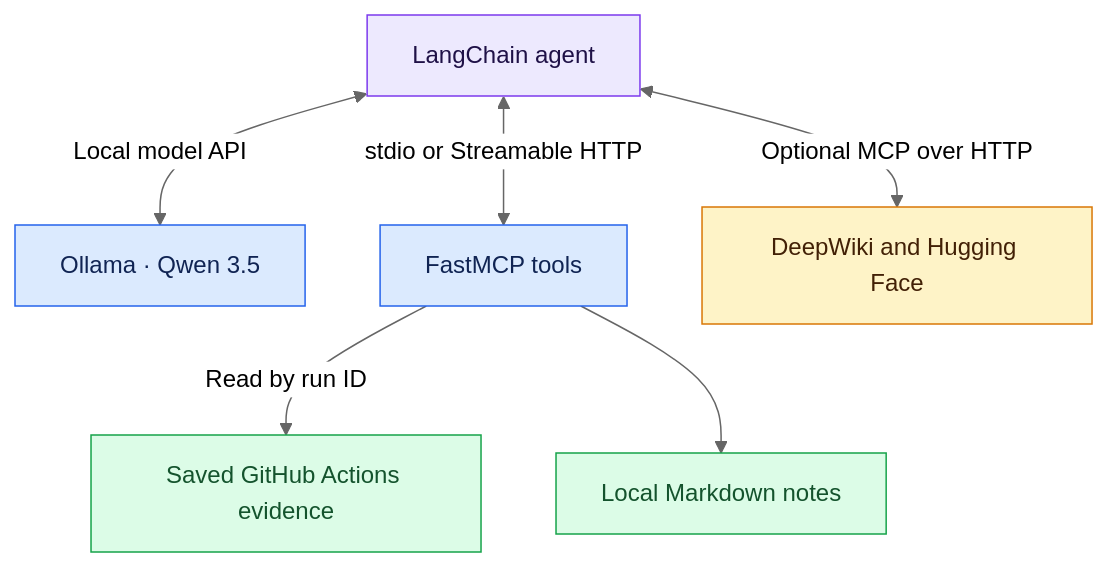
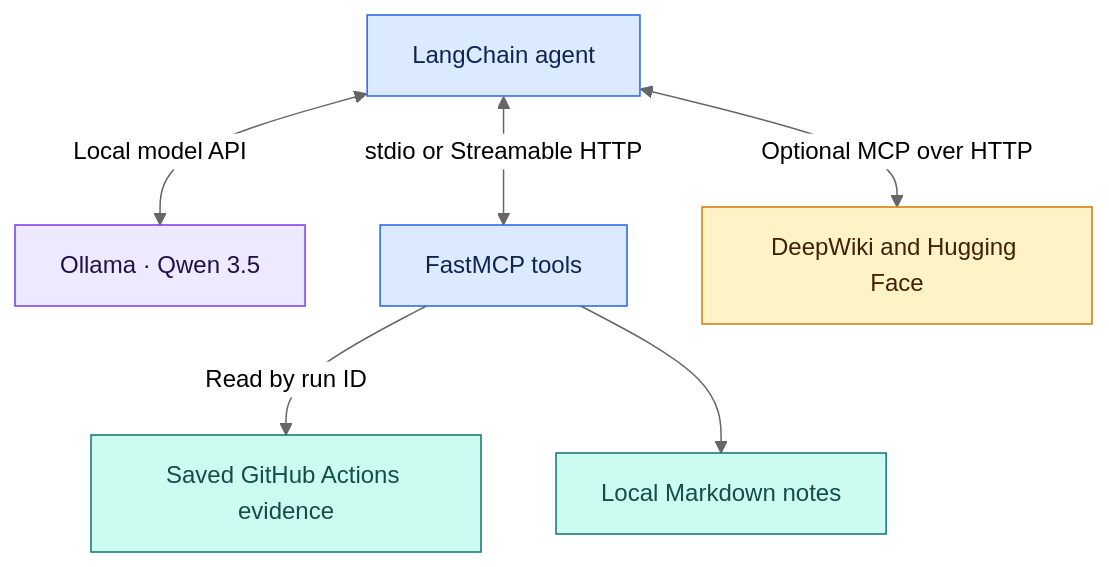
Before and after one commit to anne500/local-agent-fastmcp: the first of 3 diagrams in README.md, drawn with Mermaid (neutral theme). The commit also changed other lines of this file and 2 other files, not shown here.

````diff
--- a/README.md
+++ b/README.md
@@ -5,16 +52,16 @@
 ```mermaid
 flowchart TD
     A["LangChain agent"] <-->|Local model API| B["Ollama · Qwen 3.5"]
     A <-->|stdio or Streamable HTTP| C["FastMCP tools"]
     C -->|Read by run ID| D["Saved GitHub Actions evidence"]
     C --> F["Local Markdown notes"]
     A <-->|Optional MCP over HTTP| E["DeepWiki and Hugging Face"]
     classDef agent fill:#ede9fe,stroke:#7c3aed,color:#1f1147
     classDef local fill:#dbeafe,stroke:#2563eb,color:#102453
-    classDef evidence fill:#dcfce7,stroke:#16a34a,color:#14532d
+    classDef evidence fill:#ccfbf1,stroke:#0f766e,color:#134e4a
     classDef remote fill:#fef3c7,stroke:#d97706,color:#422006
-    class A agent
-    class B,C local
+    class B agent
+    class A,C local
     class D,F evidence
     class E remote
 ```
````
